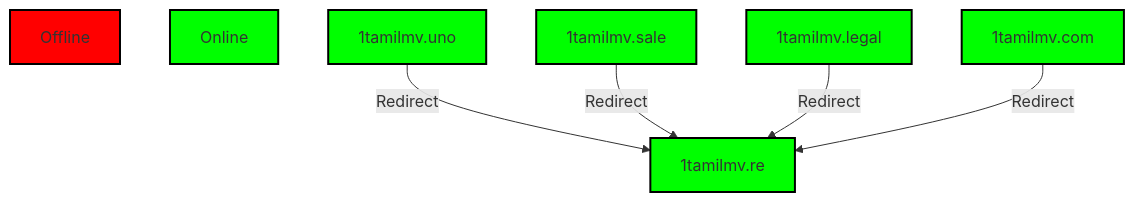
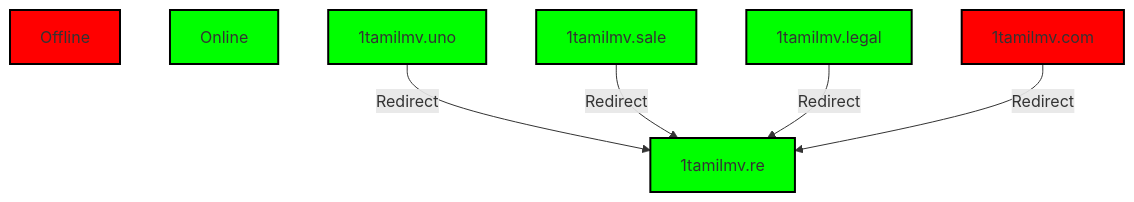
One commit to Tpj-root/SiteEvolution changed the diagram in README.md. Above: the diagram before and after it, drawn with Mermaid. The commit also changed other lines of this file, not shown here.

````diff
--- a/README.md
+++ b/README.md
@@ -363,17 +384,17 @@
 ```mermaid
 graph TD;
     style R fill:#f00,stroke:#000,stroke-width:2px;
     style G fill:#0f0,stroke:#000,stroke-width:2px;
     style G1 fill:#0f0,stroke:#000,stroke-width:2px;
     style G2 fill:#0f0,stroke:#000,stroke-width:2px;
     style G3 fill:#0f0,stroke:#000,stroke-width:2px;
-    style G4 fill:#0f0,stroke:#000,stroke-width:2px;
+    style G4 fill:#f00,stroke:#000,stroke-width:2px;
     style G5 fill:#0f0,stroke:#000,stroke-width:2px;
     
     G[Online]
     R[Offline]
     G1[1tamilmv.uno] -->|Redirect| G5[1tamilmv.re]
     G2[1tamilmv.sale] -->|Redirect| G5[1tamilmv.re]
     G3[1tamilmv.legal] -->|Redirect| G5[1tamilmv.re]
     G4[1tamilmv.com] -->|Redirect| G5[1tamilmv.re]
 ```
````
